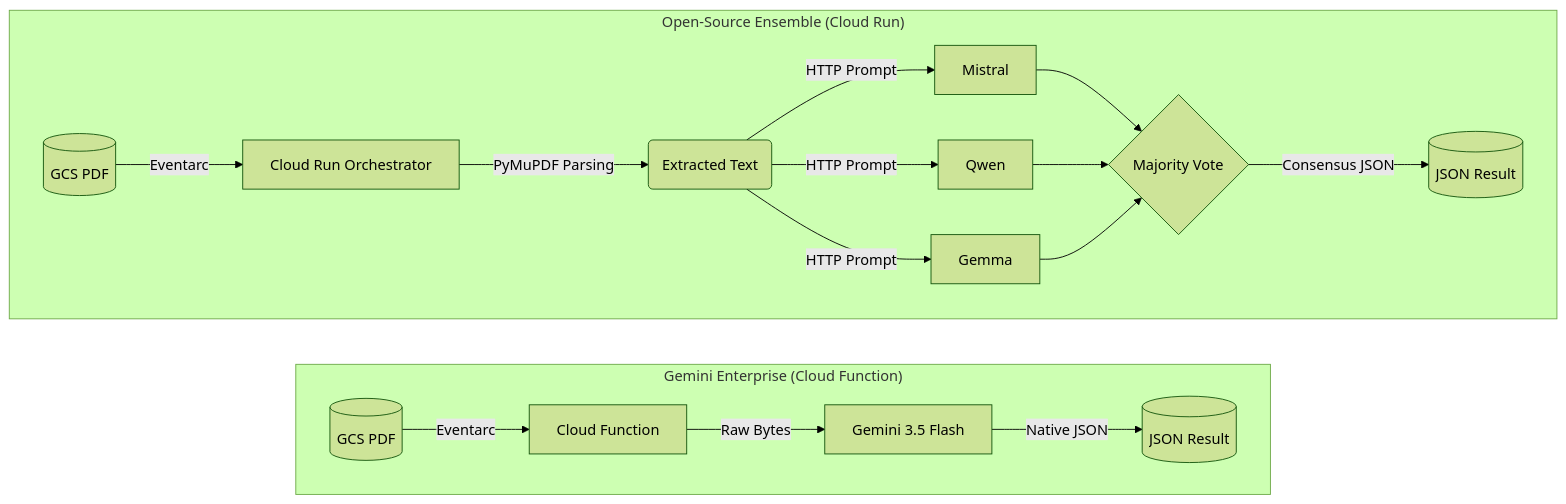
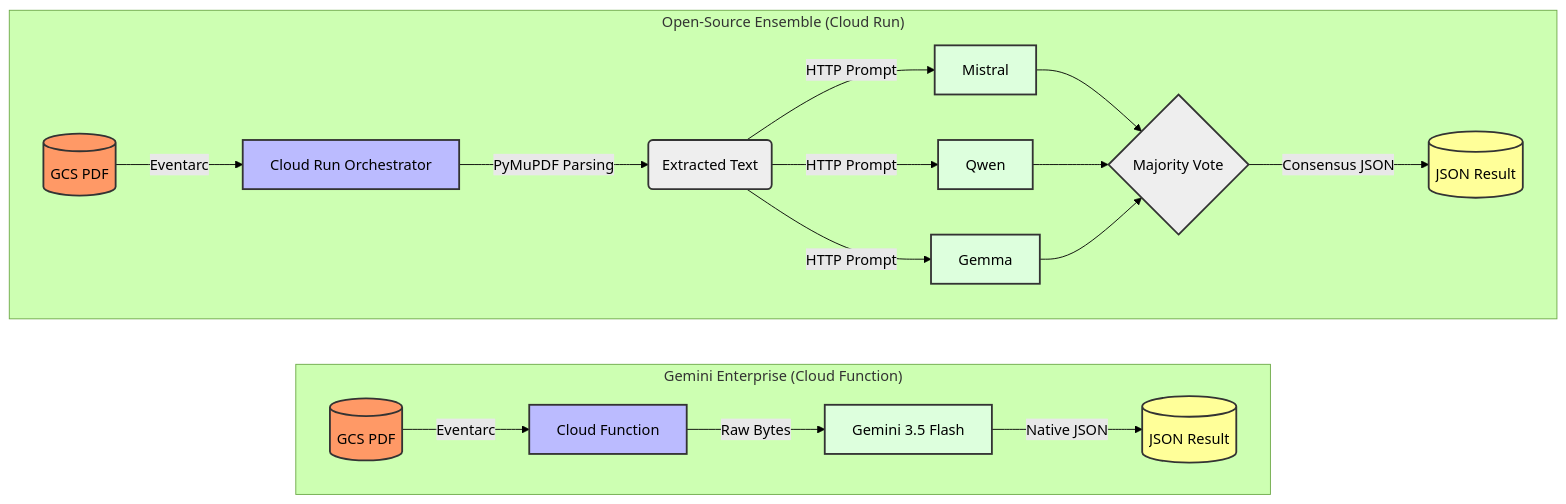
Before and after one commit to wojciehm/gcp-invoice-processor-demo: the second of 2 diagrams in README.md, drawn with Mermaid (forest theme). The commit also changed other lines of this file, not shown here.

Commit message:
docs: add vivid colors to architecture diagrams for better readability

````diff
--- a/README.md
+++ b/README.md
@@ -69,22 +75,28 @@
 ```mermaid
 graph LR
+    classDef bucket fill:#f96,stroke:#333,stroke-width:2px;
+    classDef compute fill:#bbf,stroke:#333,stroke-width:2px;
+    classDef model fill:#dfd,stroke:#333,stroke-width:2px;
+    classDef logic fill:#eee,stroke:#333,stroke-width:2px;
+    classDef result fill:#ff9,stroke:#333,stroke-width:2px;
+
     subgraph "Gemini Enterprise (Cloud Function)"
         direction LR
-        GCS1[(GCS PDF)] -->|Eventarc| CF[Cloud Function]
-        CF -->|Raw Bytes| Gemini[Gemini 3.5 Flash]
-        Gemini -->|Native JSON| Result1[(JSON Result)]
+        GCS1[(GCS PDF)]:::bucket -->|Eventarc| CF[Cloud Function]:::compute
+        CF -->|Raw Bytes| Gemini[Gemini 3.5 Flash]:::model
+        Gemini -->|Native JSON| Result1[(JSON Result)]:::result
     end
 
     subgraph "Open-Source Ensemble (Cloud Run)"
         direction LR
-        GCS2[(GCS PDF)] -->|Eventarc| CR[Cloud Run Orchestrator]
-        CR -->|PyMuPDF Parsing| Text(Extracted Text)
-        Text -->|HTTP Prompt| M1[Mistral]
-        Text -->|HTTP Prompt| M2[Qwen]
-        Text -->|HTTP Prompt| M3[Gemma]
-        M1 --> Vote{Majority Vote}
+        GCS2[(GCS PDF)]:::bucket -->|Eventarc| CR[Cloud Run Orchestrator]:::compute
+        CR -->|PyMuPDF Parsing| Text(Extracted Text):::logic
+        Text -->|HTTP Prompt| M1[Mistral]:::model
+        Text -->|HTTP Prompt| M2[Qwen]:::model
+        Text -->|HTTP Prompt| M3[Gemma]:::model
+        M1 --> Vote{Majority Vote}:::logic
         M2 --> Vote
         M3 --> Vote
-        Vote -->|Consensus JSON| Result2[(JSON Result)]
+        Vote -->|Consensus JSON| Result2[(JSON Result)]:::result
     end
 ```
````
